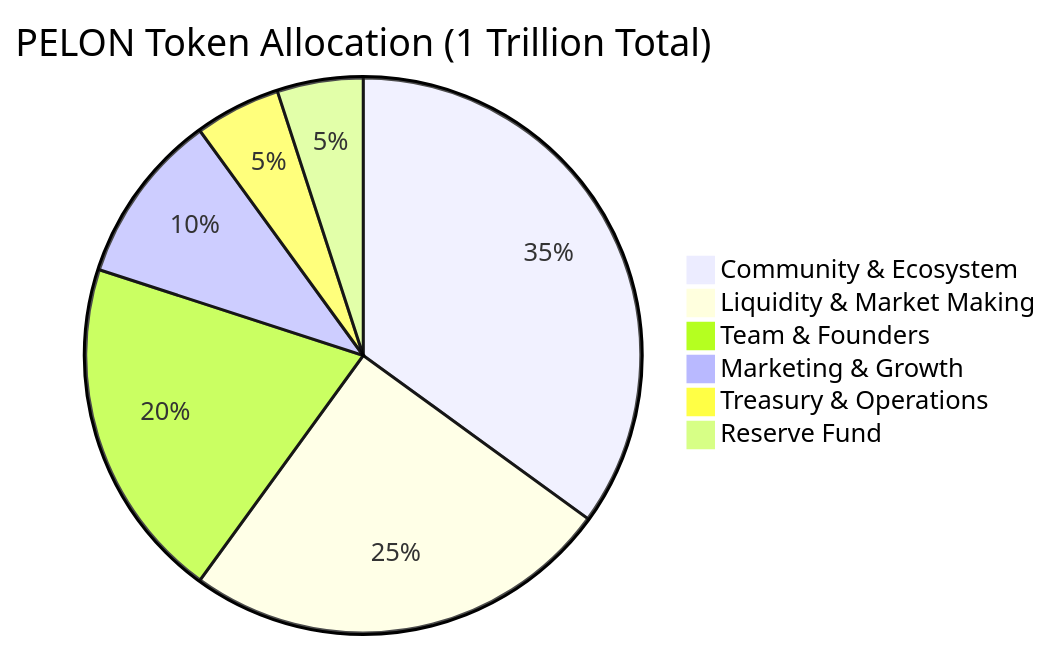
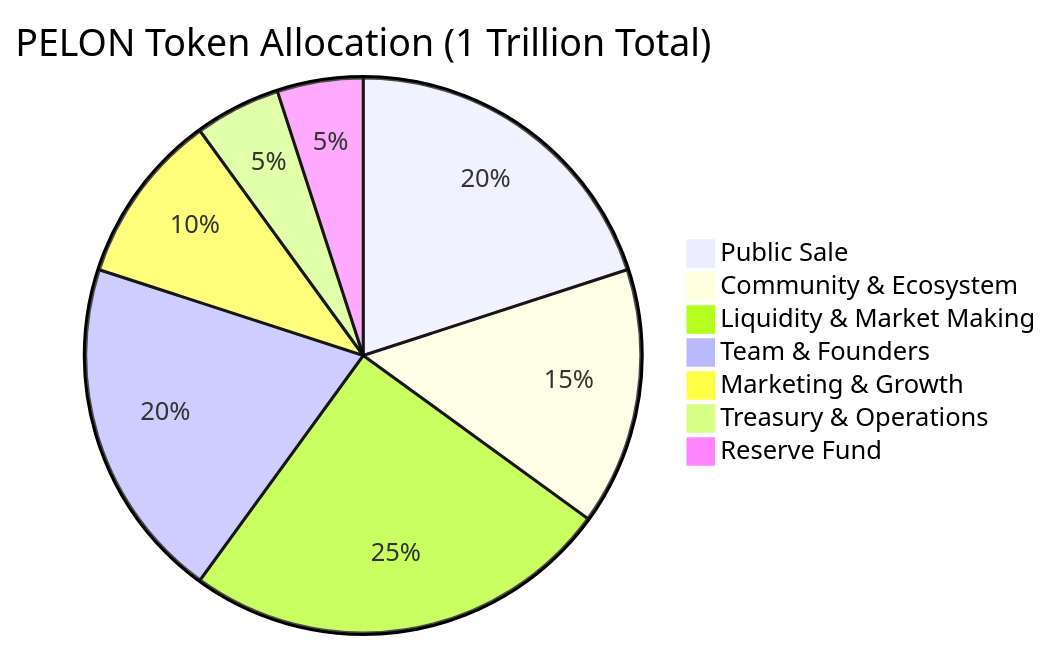
The first of 2 diagrams in docs/en/tokenomics-en.md (PelonClub/PelonClub-BaseNetwork-Monorepo), drawn with Mermaid before and after one commit. The commit also changed other lines of this file and 12 other files, not shown here.

````diff
--- a/docs/en/tokenomics-en.md
+++ b/docs/en/tokenomics-en.md
@@ -21,9 +21,10 @@
 ```mermaid
 pie title PELON Token Allocation (1 Trillion Total)
-    "Community & Ecosystem" : 35
+    "Public Sale" : 20
+    "Community & Ecosystem" : 15
     "Liquidity & Market Making" : 25
     "Team & Founders" : 20
     "Marketing & Growth" : 10
     "Treasury & Operations" : 5
     "Reserve Fund" : 5
 ```
````
